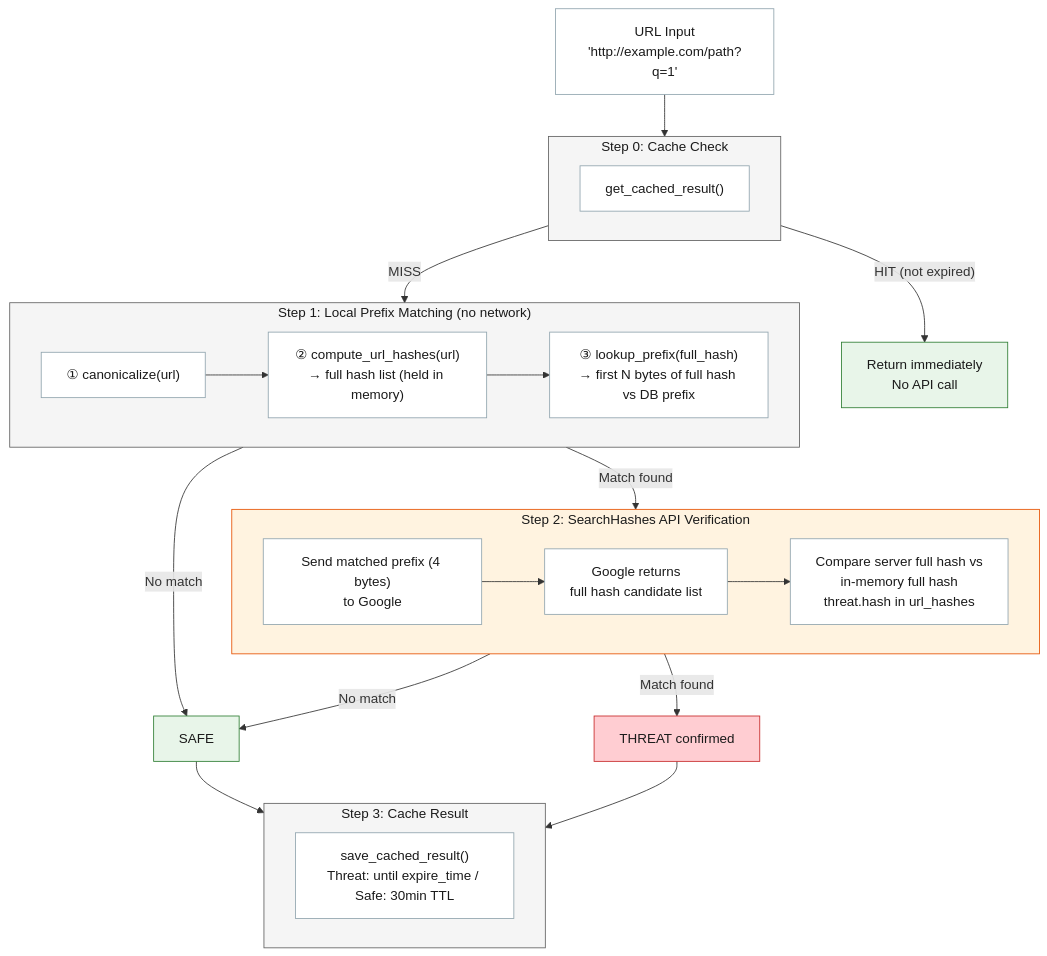
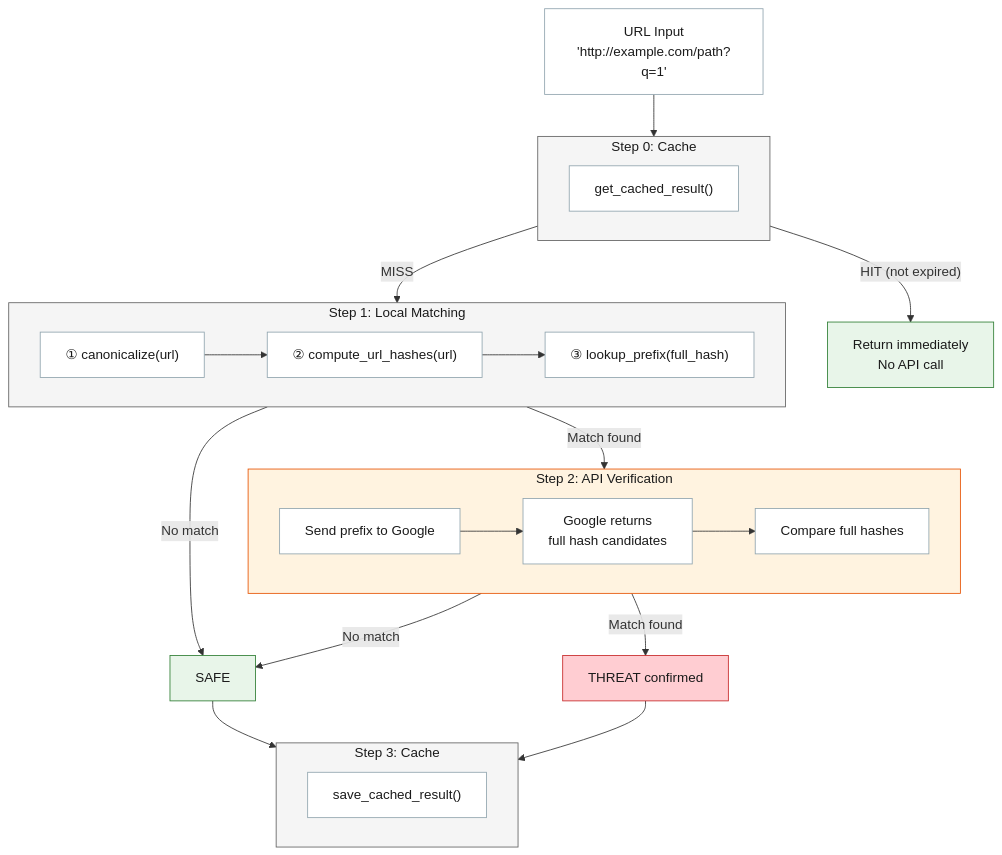
Before and after one commit to kataroya/web-risk-cli: the third of 9 diagrams in WORKFLOW_GUIDE.md, drawn with Mermaid. The commit also changed other lines of this file, not shown here.

Commit message:
refactor: Simplify flowchart labels and improve readability in Workflow Guide

````diff
--- a/WORKFLOW_GUIDE.md
+++ b/WORKFLOW_GUIDE.md
@@ -274,51 +274,51 @@
 ```mermaid
 flowchart TD
     URL["URL Input<br/>'http://example.com/path?q=1'"] --> S0
 
-    subgraph S0["Step 0: Cache Check"]
+    subgraph S0["Step 0: Cache"]
         S0A["get_cached_result()"]
     end
 
     S0 -->|"HIT (not expired)"| RETURN_CACHE["Return immediately<br/>No API call"]
     S0 -->|"MISS"| S1
 
-    subgraph S1["Step 1: Local Prefix Matching (no network)"]
-        S1A["① canonicalize(url)"] --> S1B["② compute_url_hashes(url)<br/>→ full hash list (held in memory)"]
-        S1B --> S1C["③ lookup_prefix(full_hash)<br/>→ first N bytes of full hash vs DB prefix"]
+    subgraph S1["Step 1: Local Matching"]
+        S1A["① canonicalize(url)"] --> S1B["② compute_url_hashes(url)"]
+        S1B --> S1C["③ lookup_prefix(full_hash)"]
     end
 
     S1 -->|"No match"| SAFE["SAFE"]
     S1 -->|"Match found"| S2
 
-    subgraph S2["Step 2: SearchHashes API Verification"]
-        S2A["Send matched prefix (4 bytes)<br/>to Google"] --> S2B["Google returns<br/>full hash candidate list"]
-        S2B --> S2C["Compare server full hash vs<br/>in-memory full hash<br/>threat.hash in url_hashes"]
+    subgraph S2["Step 2: API Verification"]
+        S2A["Send prefix to Google"] --> S2B["Google returns<br/>full hash candidates"]
+        S2B --> S2C["Compare full hashes"]
     end
 
     S2 -->|"No match"| SAFE
     S2 -->|"Match found"| THREAT["THREAT confirmed"]
 
     SAFE --> S3
     THREAT --> S3
 
-    subgraph S3["Step 3: Cache Result"]
-        S3A["save_cached_result()<br/>Threat: until expire_time / Safe: 30min TTL"]
+    subgraph S3["Step 3: Cache"]
+        S3A["save_cached_result()"]
     end
 
     style URL fill:#ffffff,stroke:#90a4ae,color:#1a1a1a
     style S0 fill:#f5f5f5,stroke:#616161,color:#1a1a1a
     style S0A fill:#ffffff,stroke:#90a4ae,color:#1a1a1a
     style RETURN_CACHE fill:#e8f5e9,stroke:#2e7d32,color:#1a1a1a
     style S1 fill:#f5f5f5,stroke:#616161,color:#1a1a1a
     style S1A fill:#ffffff,stroke:#90a4ae,color:#1a1a1a
     style S1B fill:#ffffff,stroke:#90a4ae,color:#1a1a1a
     style S1C fill:#ffffff,stroke:#90a4ae,color:#1a1a1a
     style SAFE fill:#e8f5e9,stroke:#2e7d32,color:#1a1a1a
     style S2 fill:#fff3e0,stroke:#e65100,color:#1a1a1a
     style S2A fill:#ffffff,stroke:#90a4ae,color:#1a1a1a
     style S2B fill:#ffffff,stroke:#90a4ae,color:#1a1a1a
     style S2C fill:#ffffff,stroke:#90a4ae,color:#1a1a1a
     style THREAT fill:#ffcdd2,stroke:#c62828,color:#1a1a1a
     style S3 fill:#f5f5f5,stroke:#616161,color:#1a1a1a
     style S3A fill:#ffffff,stroke:#90a4ae,color:#1a1a1a
 ```
````
